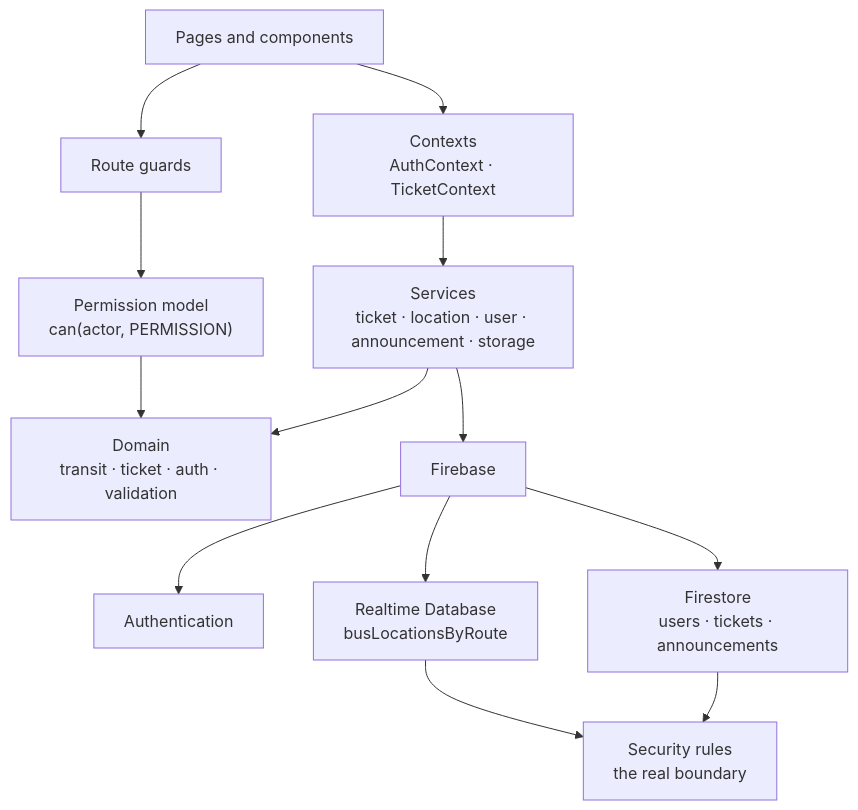
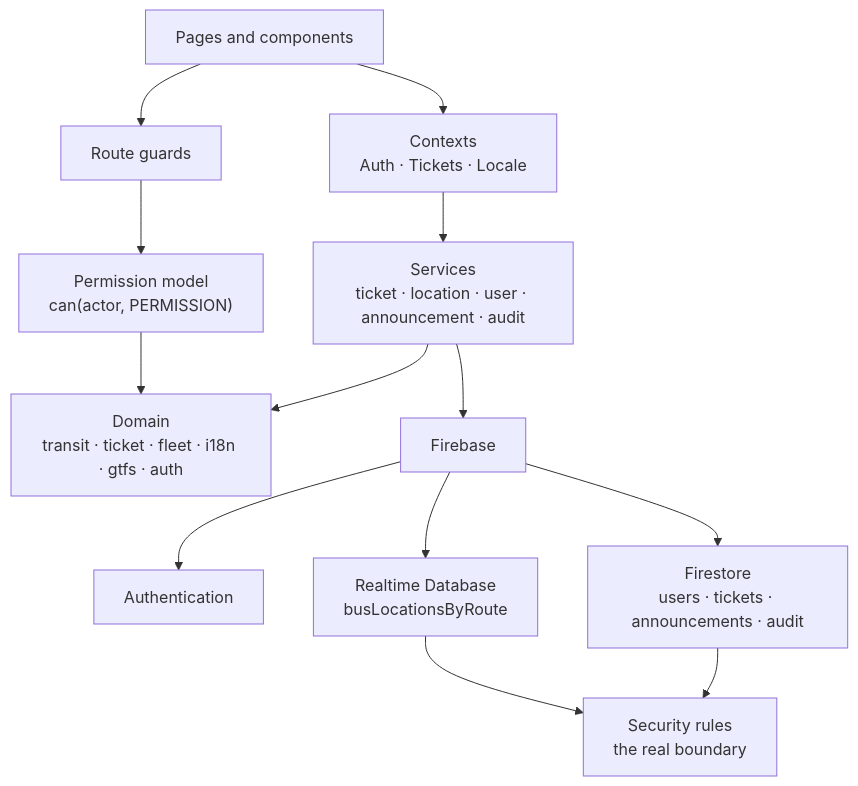
One commit to Mukund934/BRT-Bus-Service-3 changed the diagram in README.md. Above: the diagram before and after it, drawn with Mermaid. The commit also changed other lines of this file and 1 other file, not shown here.

````diff
--- a/README.md
+++ b/README.md
@@ -170,15 +243,15 @@
 ```mermaid
 flowchart TD
-    UI["Pages and components"] --> CTX["Contexts<br/>AuthContext · TicketContext"]
+    UI["Pages and components"] --> CTX["Contexts<br/>Auth · Tickets · Locale"]
     UI --> GUARD["Route guards"]
-    CTX --> SVC["Services<br/>ticket · location · user · announcement · storage"]
+    CTX --> SVC["Services<br/>ticket · location · user · announcement · audit"]
     GUARD --> PERM["Permission model<br/>can(actor, PERMISSION)"]
-    SVC --> DOM["Domain<br/>transit · ticket · auth · validation"]
+    SVC --> DOM["Domain<br/>transit · ticket · fleet · i18n · gtfs · auth"]
     PERM --> DOM
     SVC --> FB["Firebase"]
     FB --> AUTH["Authentication"]
-    FB --> FS["Firestore<br/>users · tickets · announcements"]
+    FB --> FS["Firestore<br/>users · tickets · announcements · audit"]
     FB --> RTDB["Realtime Database<br/>busLocationsByRoute"]
     FS --> RULES["Security rules<br/>the real boundary"]
     RTDB --> RULES
 ```
````
